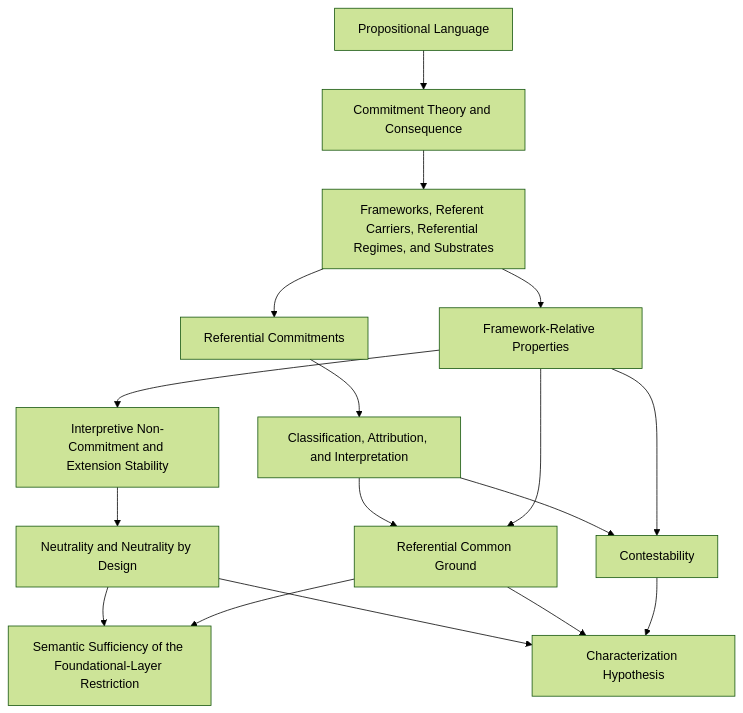
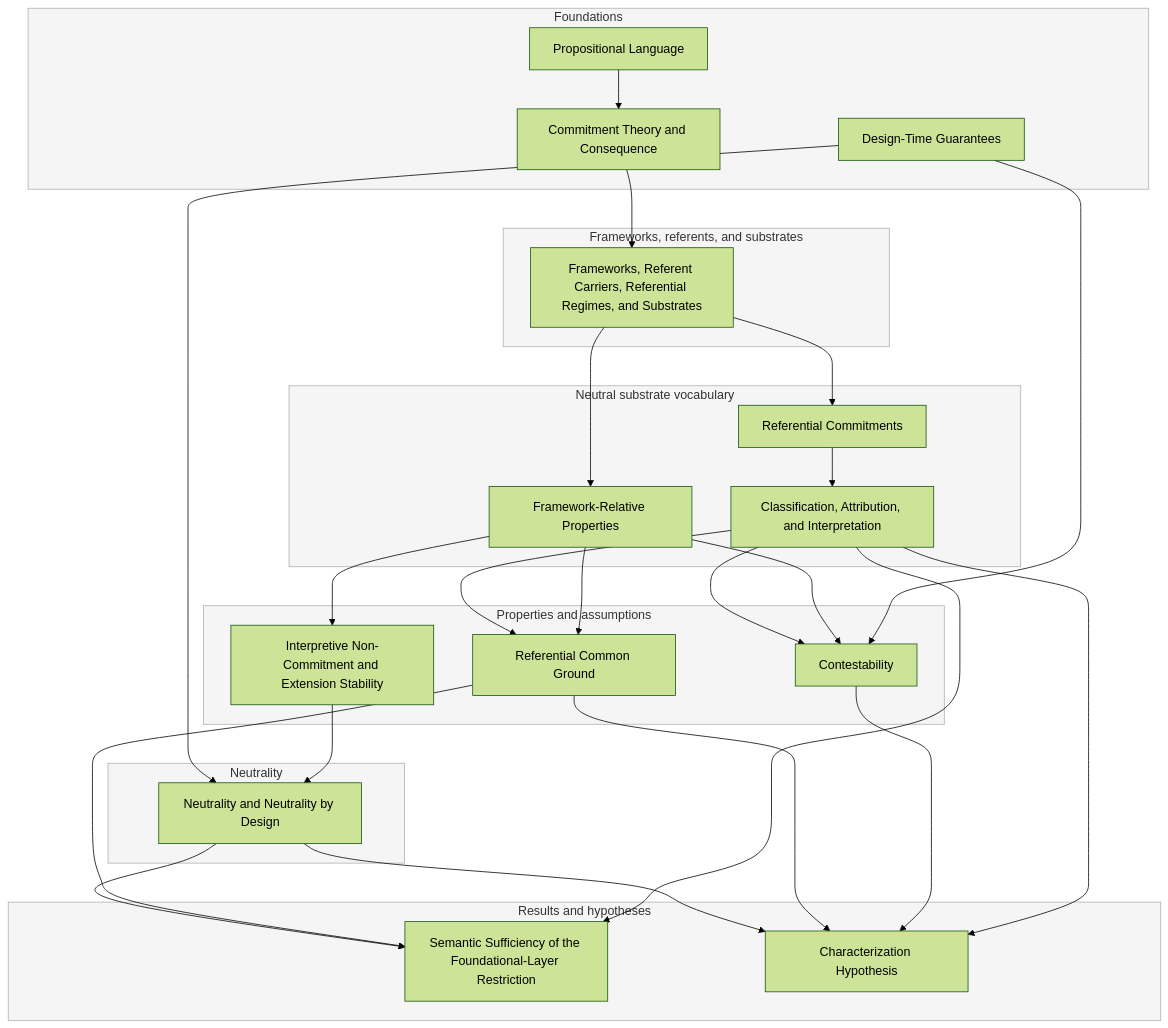
Before and after one commit to structural-explainability/se-theory-neutral-substrate: the diagram in docs/en/index.md, drawn with Mermaid (forest theme). The commit also changed other lines of this file and 1 other file, not shown here.

Commit message:
mathlib should be made into components

````diff
--- a/docs/en/index.md
+++ b/docs/en/index.md
@@ -30,19 +30,56 @@
 ```mermaid
-flowchart TD
-    A["Propositional Language"] --> B["Commitment Theory and Consequence"]
-    B --> C["Frameworks, Referent Carriers, Referential Regimes, and Substrates"]
-    C --> D["Referential Commitments"]
-    D --> E["Classification, Attribution, and Interpretation"]
-    C --> F["Framework-Relative Properties"]
-    F --> H["Interpretive Non-Commitment and Extension Stability"]
-    H --> I["Neutrality and Neutrality by Design"]
-    E --> G1["Referential Common Ground"]
+flowchart TB
+    subgraph L1["Foundations"]
+        A["Propositional Language"]
+        B["Commitment Theory and Consequence"]
+        T["Design-Time Guarantees"]
+    end
+    subgraph L2["Frameworks, referents, and substrates"]
+        C["Frameworks, Referent Carriers, Referential Regimes, and Substrates"]
+    end
+    subgraph L3["Neutral substrate vocabulary"]
+        D["Referential Commitments"]
+        E["Classification, Attribution, and Interpretation"]
+        F["Framework-Relative Properties"]
+    end
+    subgraph L4["Properties and assumptions"]
+        H["Interpretive Non-Commitment and Extension Stability"]
+        G1["Referential Common Ground"]
+        G2["Contestability"]
+    end
+    subgraph L5["Neutrality"]
+        I["Neutrality and Neutrality by Design"]
+    end
+    subgraph L6["Results and hypotheses"]
+        J["Semantic Sufficiency of the Foundational-Layer Restriction"]
+        K["Characterization Hypothesis"]
+    end
+
+    A --> B
+    B --> C
+    C --> D
+    D --> E
+    C --> F
+    F --> H
+    T --> I
+    H --> I
+    E --> G1
     F --> G1
-    E --> G2["Contestability"]
+    E --> G2
     F --> G2
-    I --> J["Semantic Sufficiency of the Foundational-Layer Restriction"]
+    T --> G2
+    I --> J
     G1 --> J
-    I --> K["Characterization Hypothesis"]
+    E --> J
+    I --> K
     G1 --> K
     G2 --> K
+    E --> K
+
+    style L1 fill:#f5f5f5,stroke:#b0b0b0
+    style L2 fill:#f5f5f5,stroke:#b0b0b0
+    style L3 fill:#f5f5f5,stroke:#b0b0b0
+    style L4 fill:#f5f5f5,stroke:#b0b0b0
+    style L5 fill:#f5f5f5,stroke:#b0b0b0
+    style L6 fill:#f5f5f5,stroke:#b0b0b0
 ```
````
